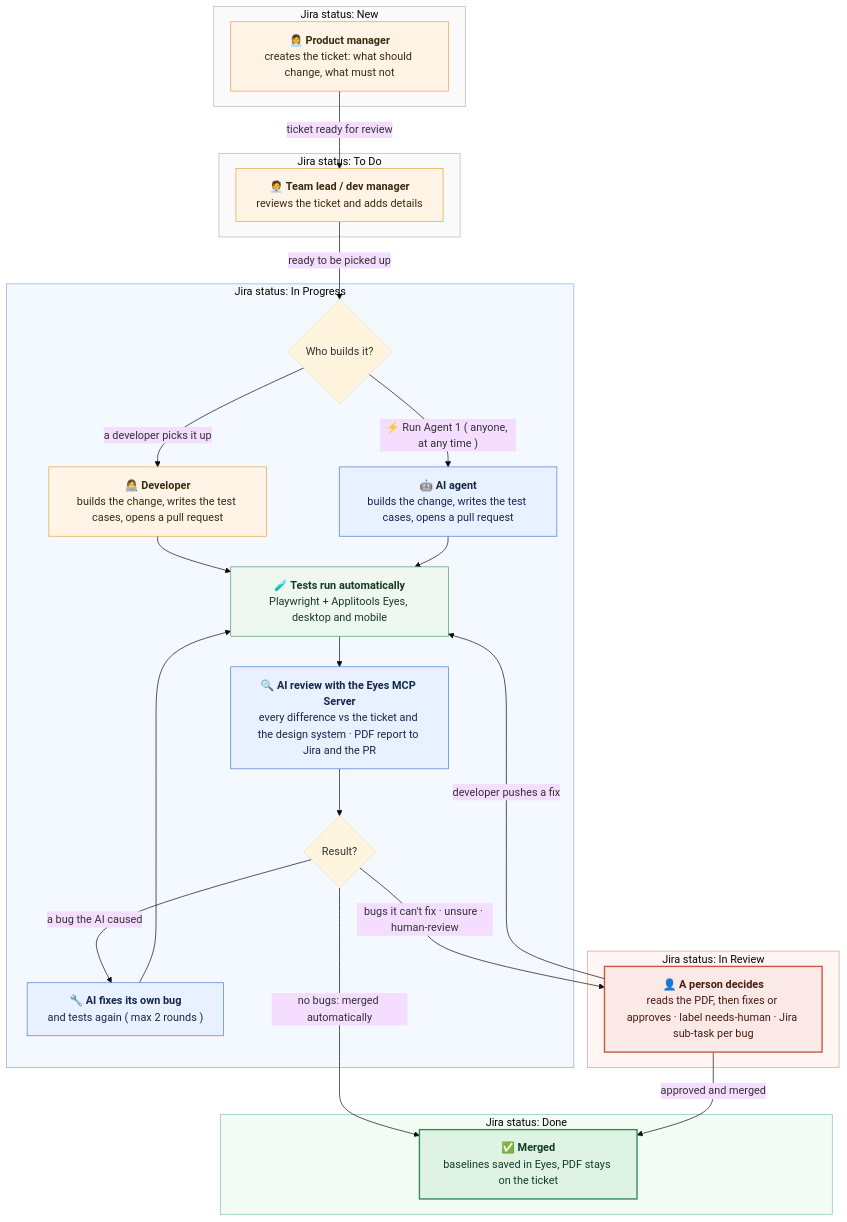
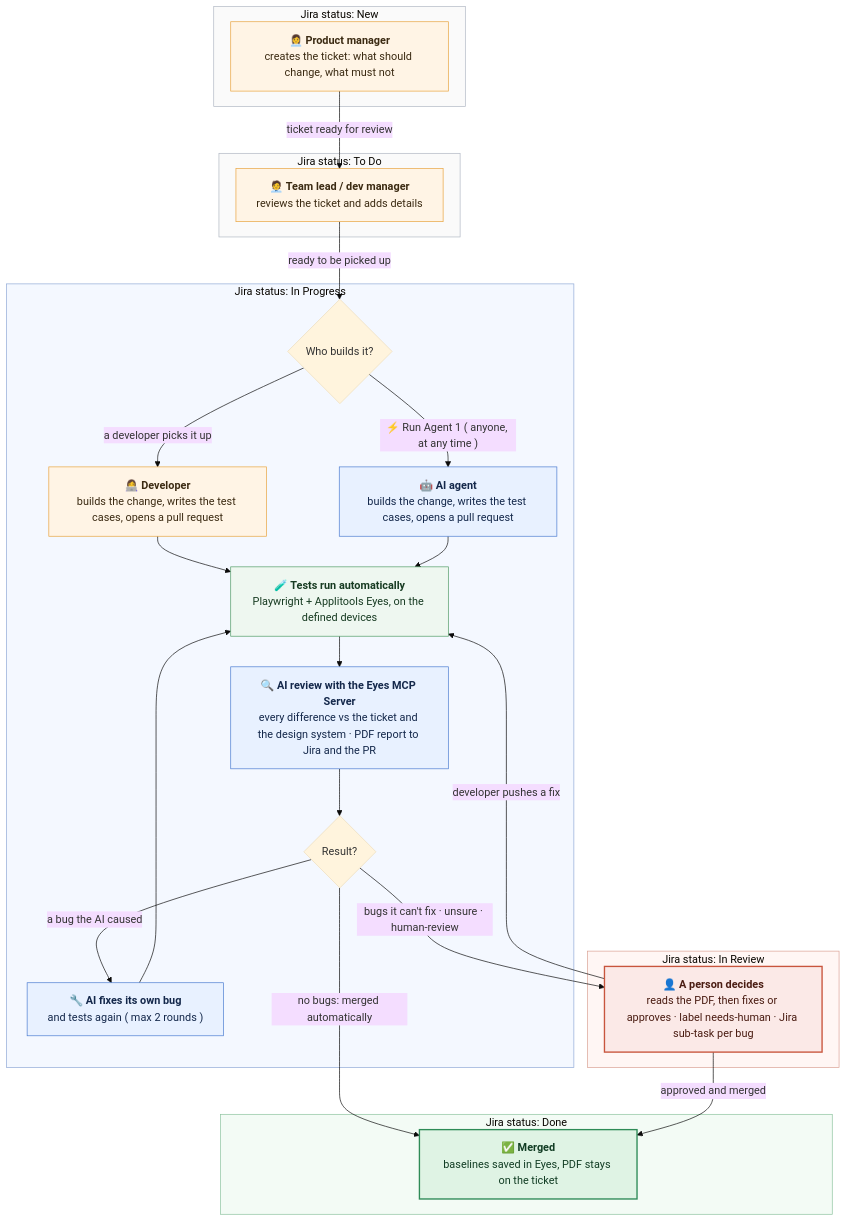
Before and after one commit to ssharma007-dev/wikipedia-visual-ci: the diagram in docs/images/user-flow.mmd, drawn with Mermaid (base theme). The commit also changed 4 other files, not shown here.

Commit message:
Docs: tests run on the defined devices (playwright.config.ts), not a fixed desktop and mobile

```diff
--- a/docs/images/user-flow.mmd
+++ b/docs/images/user-flow.mmd
@@ -1,54 +1,54 @@
 %%{init: {"flowchart": {"wrappingWidth": 260, "nodeSpacing": 30, "rankSpacing": 45, "curve": "basis"}}}%%
 flowchart TD
     subgraph S1["Jira status: New"]
         A["👩‍💼 <b>Product manager</b><br/>creates the ticket: what should change, what must not"]
     end
     subgraph S2["Jira status: To Do"]
         B["🧑‍💼 <b>Team lead / dev manager</b><br/>reviews the ticket and adds details"]
     end
     subgraph S3["Jira status: In Progress"]
         C{"Who builds it?"}
         D["👩‍💻 <b>Developer</b><br/>builds the change, writes the test cases, opens a pull request"]
         E["🤖 <b>AI agent</b><br/>builds the change, writes the test cases, opens a pull request"]
-        F["🧪 <b>Tests run automatically</b><br/>Playwright + Applitools Eyes, desktop and mobile"]
+        F["🧪 <b>Tests run automatically</b><br/>Playwright + Applitools Eyes, on the defined devices"]
         G["🔍 <b>AI review with the Eyes MCP Server</b><br/>every difference vs the ticket and the design system · PDF report to Jira and the PR"]
         H{"Result?"}
         I["🔧 <b>AI fixes its own bug</b><br/>and tests again ( max 2 rounds )"]
     end
     subgraph S4["Jira status: In Review"]
         J["👤 <b>A person decides</b><br/>reads the PDF, then fixes or approves · label needs-human · Jira sub-task per bug"]
     end
     subgraph S5["Jira status: Done"]
         K["✅ <b>Merged</b><br/>baselines saved in Eyes, PDF stays on the ticket"]
     end
 
     A -->|"ticket ready for review"| B
     B -->|"ready to be picked up"| C
     C -->|"a developer picks it up"| D
     C -->|"⚡ Run Agent 1 ( anyone, at any time )"| E
     D --> F
     E --> F
     F --> G
     G --> H
     H -->|"no bugs: merged automatically"| K
     H -->|"a bug the AI caused"| I
     I --> F
     H -->|"bugs it can't fix · unsure · human-review"| J
     J -->|"developer pushes a fix"| F
     J -->|"approved and merged"| K
 
     classDef person fill:#FFF4E5,stroke:#E8A33D,color:#3B2A12
     classDef ai fill:#E8F1FF,stroke:#4A7BD0,color:#14284B
     classDef auto fill:#EEF7F0,stroke:#4E9A64,color:#173B22
     classDef good fill:#DFF3E4,stroke:#2E8B57,color:#123D24,stroke-width:2px
     classDef decide fill:#FBE9E7,stroke:#C8553D,color:#4A1C12,stroke-width:2px
     class A,B,D person
     class E,G,I ai
     class F auto
     class K good
     class J decide
     style S1 fill:#FAFAFA,stroke:#B0B7C3
     style S2 fill:#FAFAFA,stroke:#B0B7C3
     style S3 fill:#F4F8FF,stroke:#8FA8D6
     style S4 fill:#FFF6F4,stroke:#D9A093
     style S5 fill:#F3FBF5,stroke:#8CC29E
```
